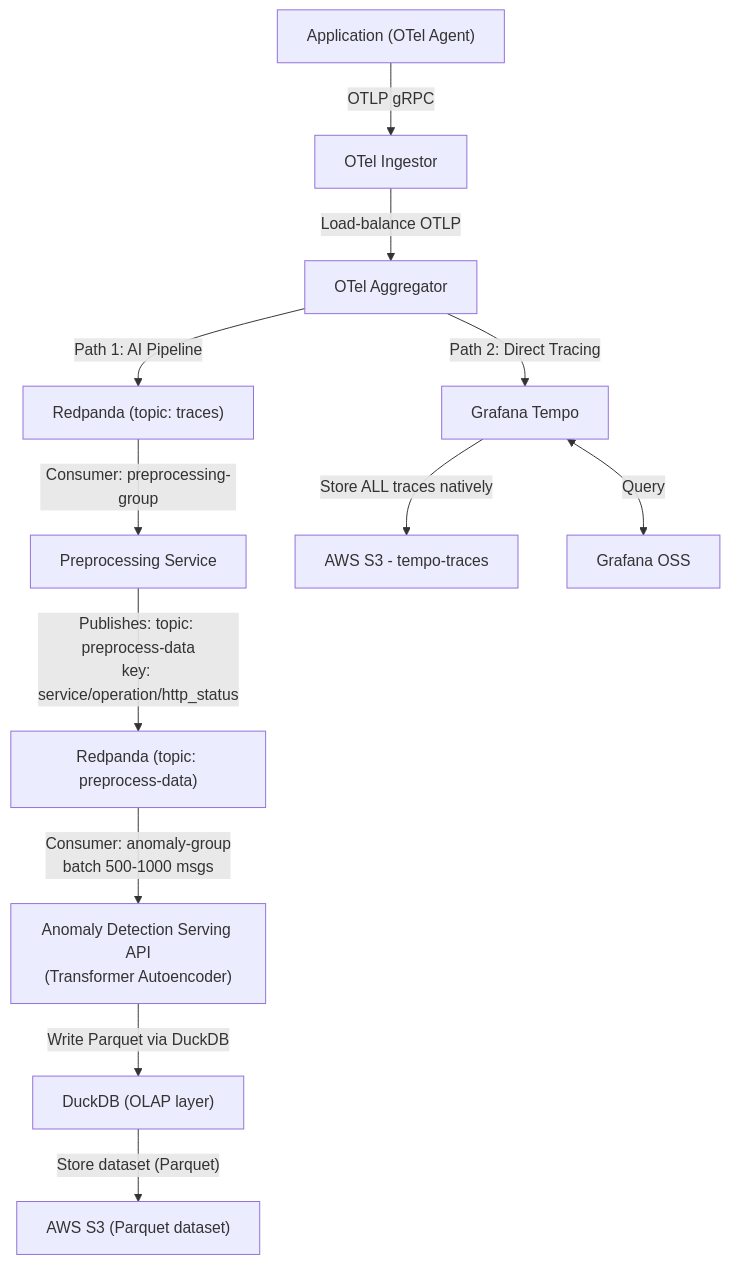
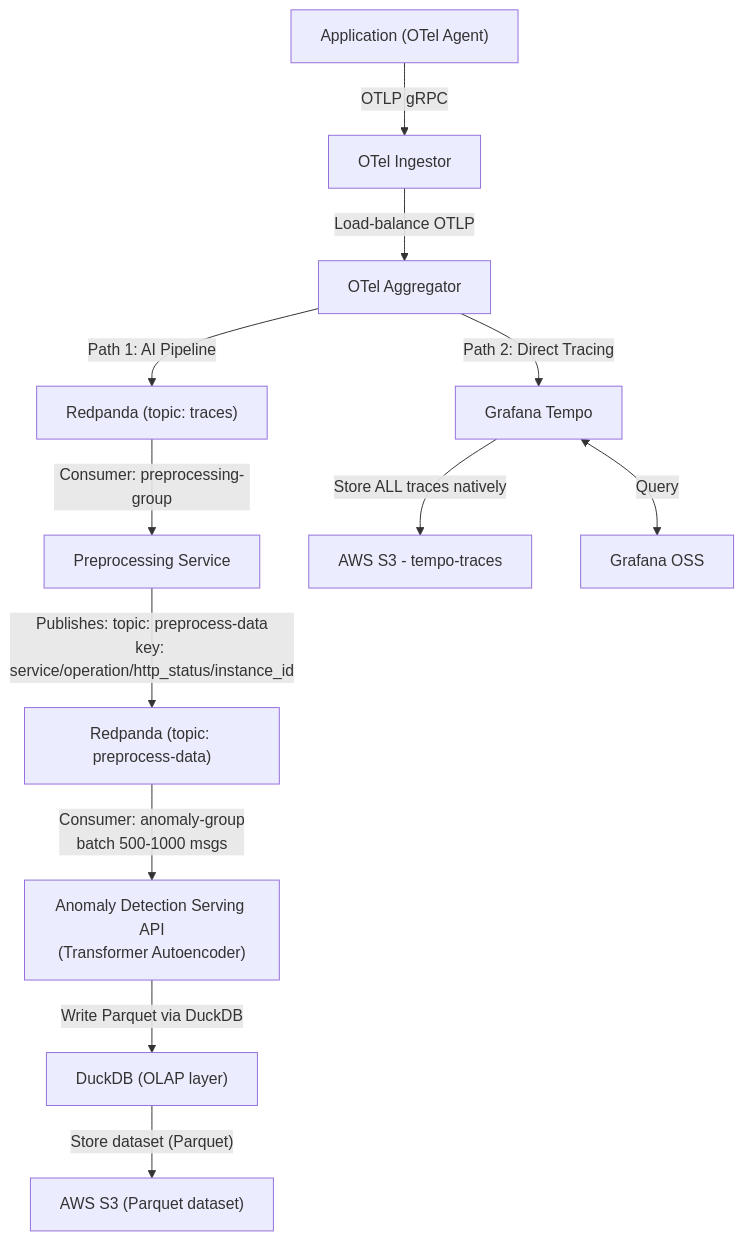
One commit to MeetingTeam/MyRCA changed the second of 2 diagrams in .agent/ai-governance-rules-thesis.md. Above: the diagram before and after it, drawn with Mermaid. The commit also changed other lines of this file and 13 other files, not shown here.

````diff
--- a/.agent/ai-governance-rules-thesis.md
+++ b/.agent/ai-governance-rules-thesis.md
@@ -92,20 +92,20 @@
 ```mermaid
 graph TB
     A["Application (OTel Agent)"] -->|OTLP gRPC| B["OTel Ingestor"]
     B -->|Load-balance OTLP| C["OTel Aggregator"]
 
     %% Parallel fork
     C -->|"Path 1: AI Pipeline"| D["Redpanda (topic: traces)"]
     C -->|"Path 2: Direct Tracing"| H["Grafana Tempo"]
 
     %% Path 1 – AI/ML pipeline
     D -->|"Consumer: preprocessing-group"| E["Preprocessing Service"]
-    E -->|"Publishes: topic: preprocess-data<br/>key: service/operation/http_status"| F["Redpanda (topic: preprocess-data)"]
+    E -->|"Publishes: topic: preprocess-data<br/>key: service/operation/http_status/instance_id"| F["Redpanda (topic: preprocess-data)"]
     F -->|"Consumer: anomaly-group<br/>batch 500-1000 msgs"| G["Anomaly Detection Serving API<br/>(Transformer Autoencoder)"]
     G -->|"Write Parquet via DuckDB"| DK["DuckDB (OLAP layer)"]
     DK -->|"Store dataset (Parquet)"| S1["AWS S3 (Parquet dataset)"]
 
     %% Path 2 – Tempo
     H -->|Store ALL traces natively| S2["AWS S3 - tempo-traces"]
     H <-->|Query| K["Grafana OSS"]
 ```
````
